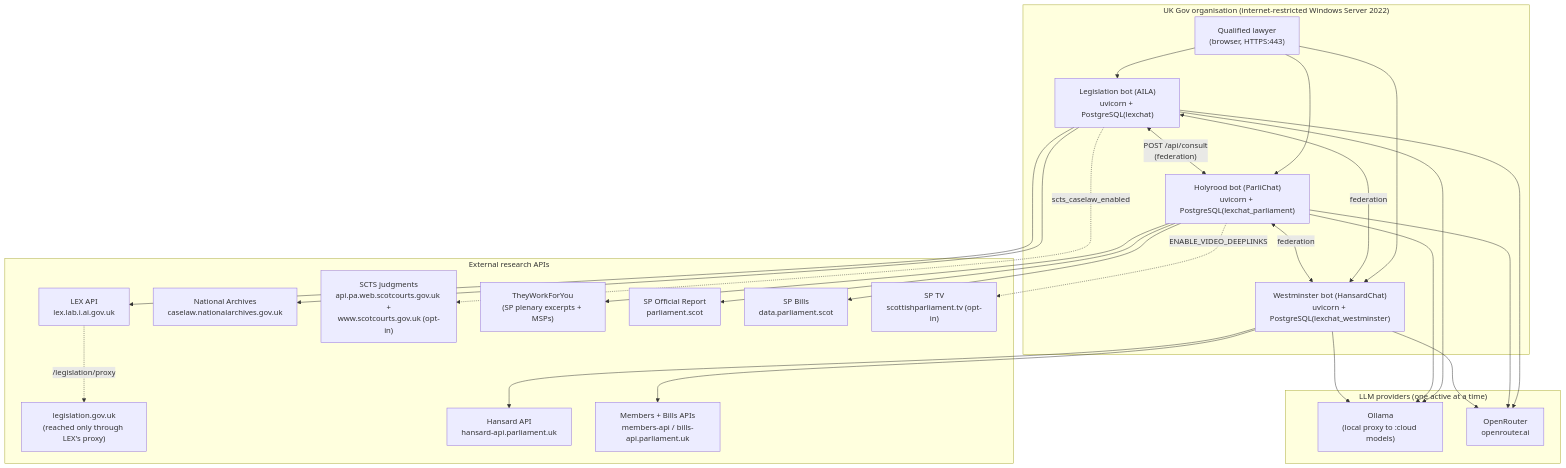
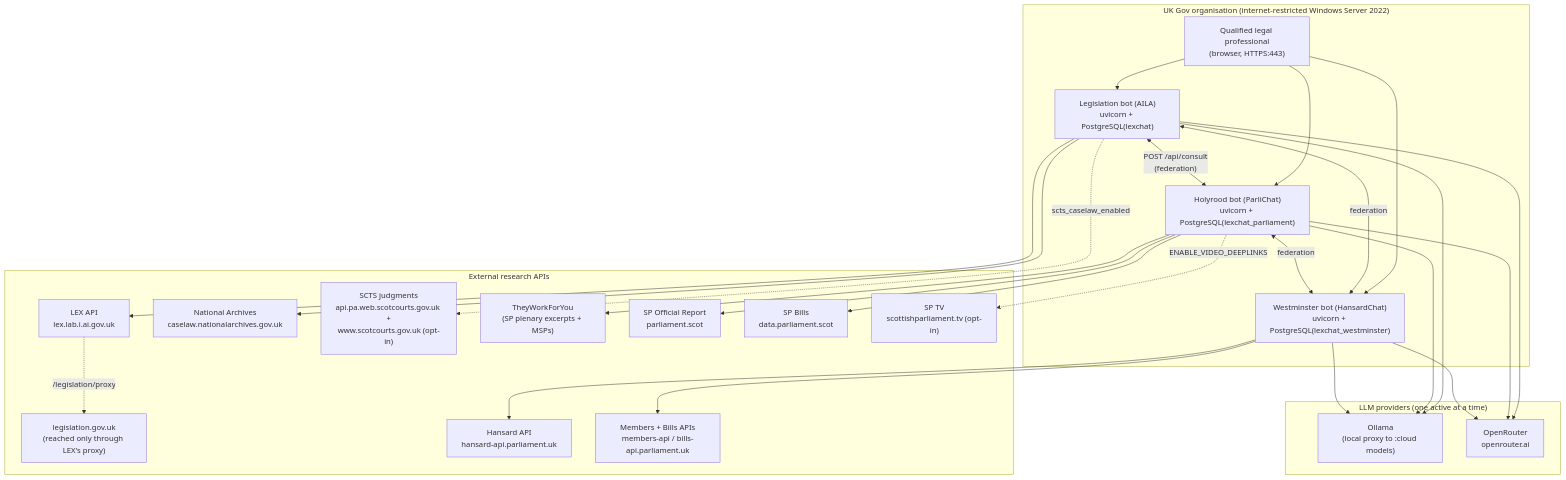
One commit to delphium226/LexChat changed the first of 15 diagrams in docs/ARCHITECTURE.md. Above: the diagram before and after it, drawn with Mermaid. The commit also changed other lines of this file and 87 other files, not shown here.

````diff
--- a/docs/ARCHITECTURE.md
+++ b/docs/ARCHITECTURE.md
@@ -32,50 +32,50 @@
 ```mermaid
 graph TB
     subgraph org["UK Gov organisation (internet-restricted Windows Server 2022)"]
-        user["Qualified lawyer<br/>(browser, HTTPS:443)"]
+        user["Qualified legal professional<br/>(browser, HTTPS:443)"]
         legbot["Legislation bot (AILA)<br/>uvicorn + PostgreSQL(lexchat)"]
         parlbot["Holyrood bot (ParliChat)<br/>uvicorn + PostgreSQL(lexchat_parliament)"]
         westbot["Westminster bot (HansardChat)<br/>uvicorn + PostgreSQL(lexchat_westminster)"]
         user --> legbot
         user --> parlbot
         user --> westbot
         legbot <-->|"POST /api/consult<br/>(federation)"| parlbot
         legbot <-->|federation| westbot
         parlbot <-->|federation| westbot
     end
 
     subgraph llm["LLM providers (one active at a time)"]
         ollama["Ollama<br/>(local proxy to :cloud models)"]
         openrouter["OpenRouter<br/>openrouter.ai"]
     end
 
     subgraph research["External research APIs"]
         lex["LEX API<br/>lex.lab.i.ai.gov.uk"]
         lgu["legislation.gov.uk<br/>(reached only through LEX's proxy)"]
         tna["National Archives<br/>caselaw.nationalarchives.gov.uk"]
         scts["SCTS judgments<br/>api.pa.web.scotcourts.gov.uk +<br/>www.scotcourts.gov.uk (opt-in)"]
         twfy["TheyWorkForYou<br/>(SP plenary excerpts + MSPs)"]
         spor["SP Official Report<br/>parliament.scot"]
         spbills["SP Bills<br/>data.parliament.scot"]
         sptv["SP TV<br/>scottishparliament.tv (opt-in)"]
         hans["Hansard API<br/>hansard-api.parliament.uk"]
         ukmem["Members + Bills APIs<br/>members-api / bills-api.parliament.uk"]
     end
 
     legbot --> ollama
     legbot --> openrouter
     parlbot --> ollama
     parlbot --> openrouter
     westbot --> ollama
     westbot --> openrouter
     legbot --> lex
     lex -.->|"/legislation/proxy"| lgu
     legbot --> tna
     legbot -.->|scts_caselaw_enabled| scts
     parlbot --> twfy
     parlbot --> spor
     parlbot --> spbills
     parlbot -.->|ENABLE_VIDEO_DEEPLINKS| sptv
     westbot --> hans
     westbot --> ukmem
 ```
````
